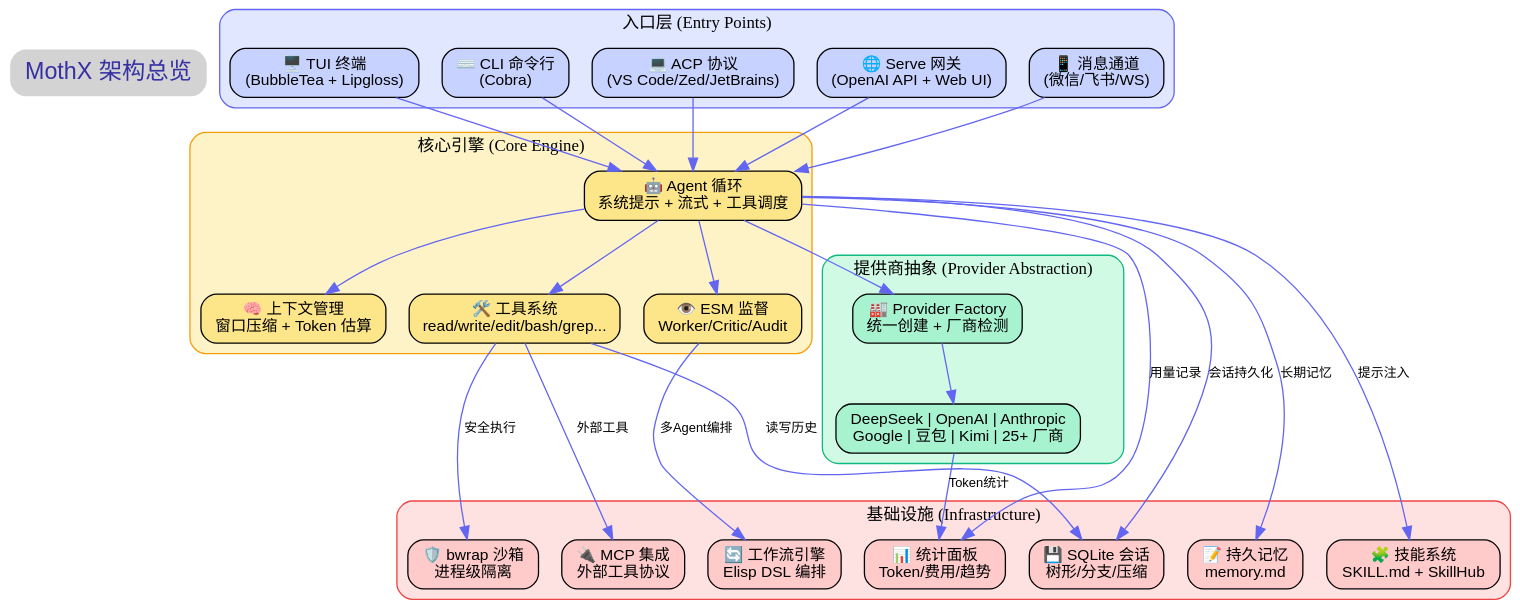
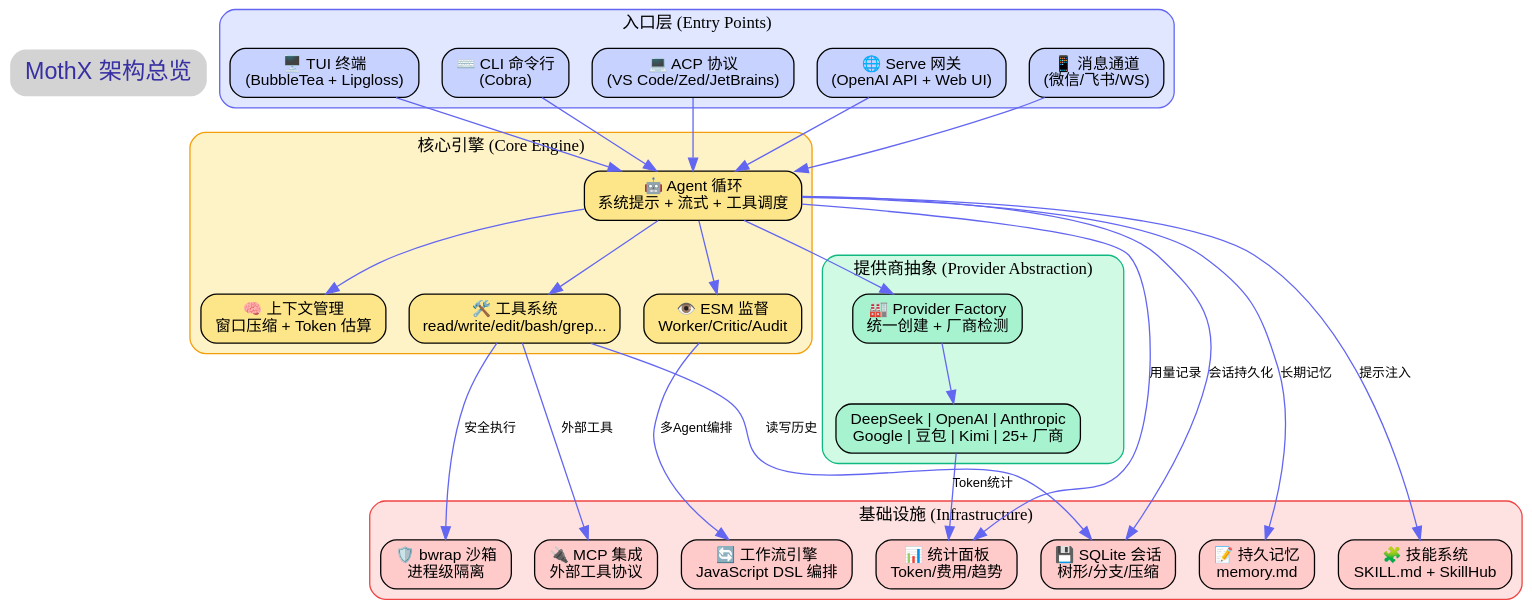
The diagram in docs/assets/dot/architecture-zh.dot (CodeYHJ/mothx), drawn with Graphviz before and after one commit. The commit also changed 48 other files, not shown here.

First line of the commit message:
refactor(workflow): migrate from Emacs Lisp to JavaScript

```diff
--- a/docs/assets/dot/architecture-zh.dot
+++ b/docs/assets/dot/architecture-zh.dot
@@ -1,89 +1,89 @@
 digraph MothXArchitecture {
     rankdir=TB;
     bgcolor="transparent";
     node [shape=box, style="rounded,filled", fontname="Arial", fontsize=12, margin="0.15,0.08"];
     edge [fontname="Arial", fontsize=10, color="#6366f1"];
 
     // Title
     title [label="MothX 架构总览", shape=plaintext, fontsize=18, fontcolor="#3730a3"];
 
     // Input Layer
     subgraph cluster_input {
         label="入口层 (Entry Points)";
         style="rounded,filled";
         fillcolor="#e0e7ff";
         color="#6366f1";
         fontsize=13;
         tui [label="🖥️ TUI 终端\n(BubbleTea + Lipgloss)", fillcolor="#c7d2fe"];
         cli [label="⌨️ CLI 命令行\n(Cobra)", fillcolor="#c7d2fe"];
         acp [label="💻 ACP 协议\n(VS Code/Zed/JetBrains)", fillcolor="#c7d2fe"];
         serve [label="🌐 Serve 网关\n(OpenAI API + Web UI)", fillcolor="#c7d2fe"];
         channels [label="📱 消息通道\n(微信/飞书/WS)", fillcolor="#c7d2fe"];
     }
 
     // Core Layer
     subgraph cluster_core {
         label="核心引擎 (Core Engine)";
         style="rounded,filled";
         fillcolor="#fef3c7";
         color="#f59e0b";
         fontsize=13;
         agent [label="🤖 Agent 循环\n系统提示 + 流式 + 工具调度", fillcolor="#fde68a"];
         context [label="🧠 上下文管理\n窗口压缩 + Token 估算", fillcolor="#fde68a"];
         tools [label="🛠️ 工具系统\nread/write/edit/bash/grep...", fillcolor="#fde68a"];
         esm [label="👁️ ESM 监督\nWorker/Critic/Audit", fillcolor="#fde68a"];
     }
 
     // Provider Layer
     subgraph cluster_provider {
         label="提供商抽象 (Provider Abstraction)";
         style="rounded,filled";
         fillcolor="#d1fae5";
         color="#10b981";
         fontsize=13;
         factory [label="🏭 Provider Factory\n统一创建 + 厂商检测", fillcolor="#a7f3d0"];
         providers [label="DeepSeek | OpenAI | Anthropic\nGoogle | 豆包 | Kimi | 25+ 厂商", fillcolor="#a7f3d0"];
     }
 
     // Infrastructure Layer
     subgraph cluster_infra {
         label="基础设施 (Infrastructure)";
         style="rounded,filled";
         fillcolor="#fee2e2";
         color="#ef4444";
         fontsize=13;
         session [label="💾 SQLite 会话\n树形/分支/压缩", fillcolor="#fecaca"];
         sandbox [label="🛡️ bwrap 沙箱\n进程级隔离", fillcolor="#fecaca"];
         skills [label="🧩 技能系统\nSKILL.md + SkillHub", fillcolor="#fecaca"];
         mcp [label="🔌 MCP 集成\n外部工具协议", fillcolor="#fecaca"];
         stats [label="📊 统计面板\nToken/费用/趋势", fillcolor="#fecaca"];
         memory [label="📝 持久记忆\nmemory.md", fillcolor="#fecaca"];
-        workflow [label="🔄 工作流引擎\nElisp DSL 编排", fillcolor="#fecaca"];
+        workflow [label="🔄 工作流引擎\nJavaScript DSL 编排", fillcolor="#fecaca"];
     }
 
     // Connections
     tui -> agent;
     cli -> agent;
     acp -> agent;
     serve -> agent;
     channels -> agent;
 
     agent -> context;
     agent -> tools;
     agent -> esm;
     agent -> factory;
 
     factory -> providers;
 
     tools -> sandbox [label="安全执行"];
     tools -> session [label="读写历史"];
     tools -> mcp [label="外部工具"];
 
     agent -> session [label="会话持久化"];
     agent -> skills [label="提示注入"];
     agent -> memory [label="长期记忆"];
     agent -> stats [label="用量记录"];
     esm -> workflow [label="多Agent编排"];
 
     providers -> stats [label="Token统计"];
 }
```
